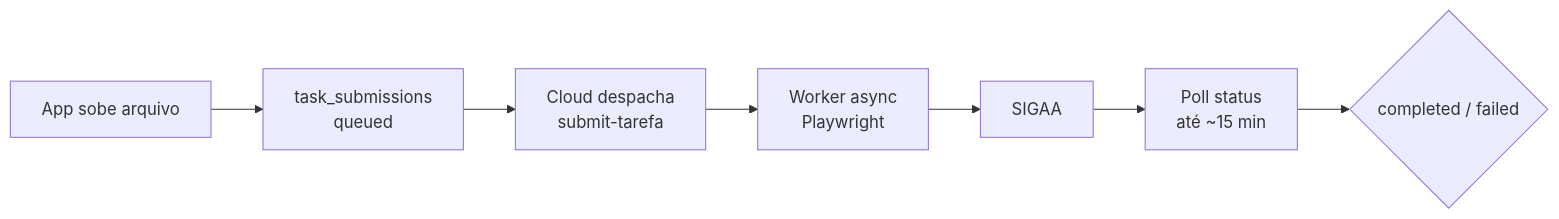
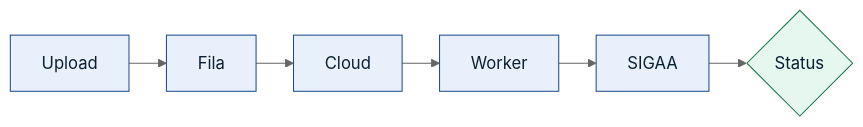
One commit to KairoHenrique/CEFET-Academic-Planner changed the third of 5 diagrams in README.md. Above: the diagram before and after it, drawn with Mermaid. The commit also changed other lines of this file, not shown here.

Commit message:
docs: Mermaid mais limpo e legivel no README

````diff
--- a/README.md
+++ b/README.md
@@ -204,9 +199,14 @@
 ```mermaid
+%%{init: {"theme": "neutral", "flowchart": {"curve": "basis", "nodeSpacing": 28, "rankSpacing": 36}}}%%
 flowchart LR
-  A[App sobe arquivo] --> B[task_submissions<br/>queued]
-  B --> C[Cloud despacha<br/>submit-tarefa]
-  C --> D[Worker async<br/>Playwright]
+  A[Upload] --> B[Fila]
+  B --> C[Cloud]
+  C --> D[Worker]
   D --> E[SIGAA]
-  E --> F[Poll status<br/>até ~15 min]
-  F --> G{completed / failed}
+  E --> F{Status}
+
+  classDef step fill:#e8f1fb,stroke:#1e4d8c,color:#0b1f33
+  classDef endn fill:#e6f7ef,stroke:#1f7a4d,color:#0b1f33
+  class A,B,C,D,E step
+  class F endn
 ```
````
